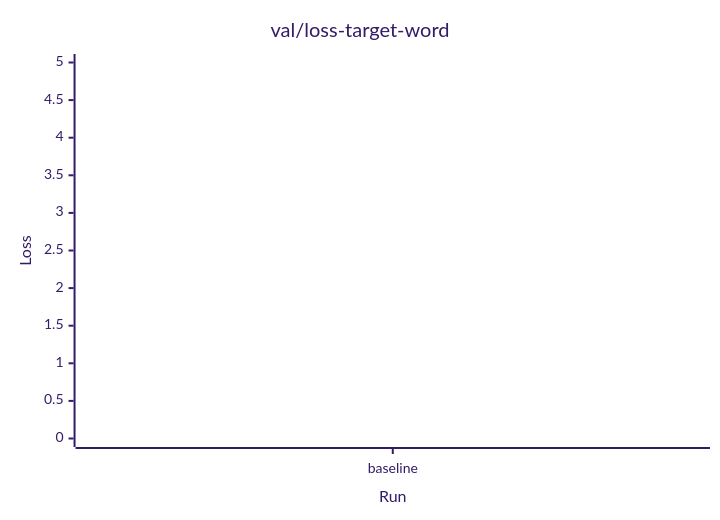
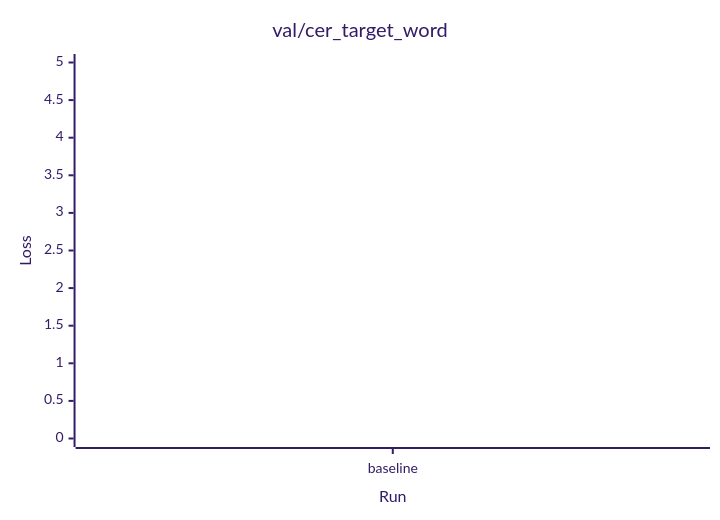
Before and after one commit to Siyer2/speech-model: the diagram in model/docs/autoresearch-results.md, drawn with Mermaid (forest theme). The commit also changed other lines of this file and 2 other files, not shown here.

````diff
--- a/model/docs/autoresearch-results.md
+++ b/model/docs/autoresearch-results.md
@@ -7,7 +7,7 @@
 ```mermaid
 xychart-beta
-    title "val/loss-target-word"
+    title "val/cer_target_word"
     x-axis "Run" ["baseline"]
     y-axis "Loss" 0 --> 5
     line [0]
 ```
````
